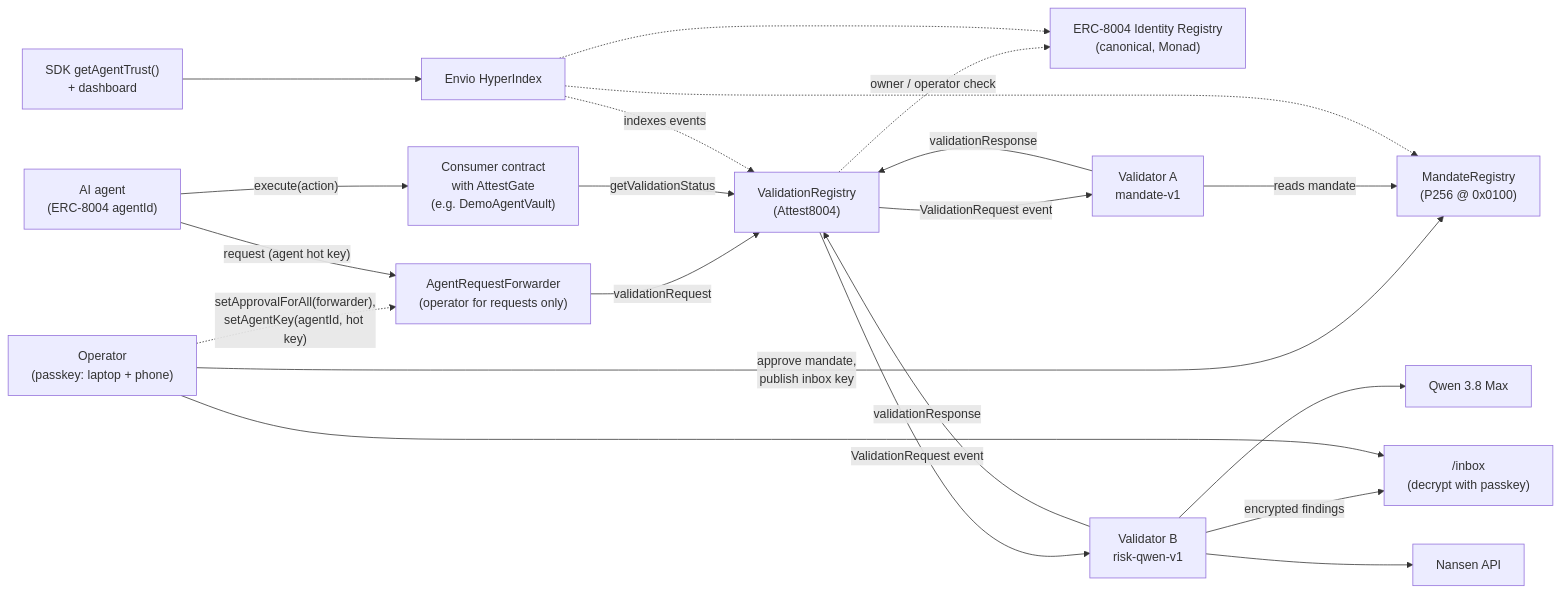
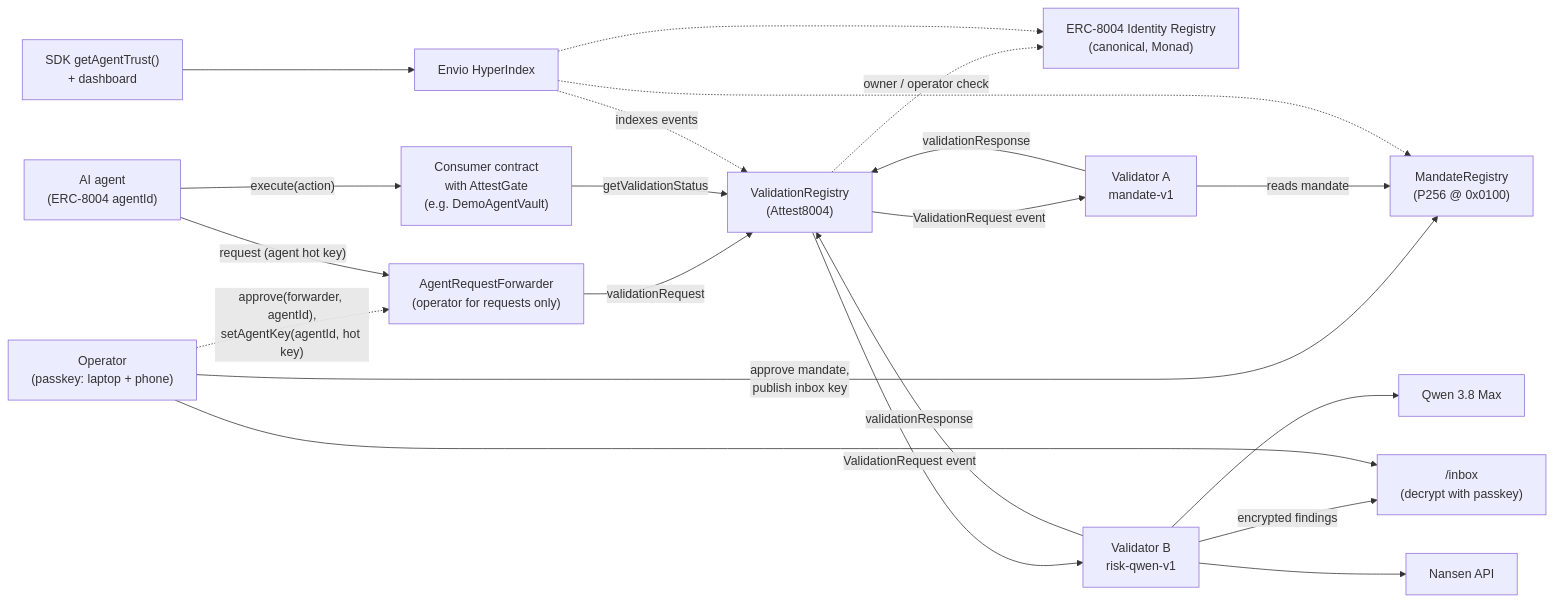
The first of 5 diagrams in ARCHITECTURE.md (AmitChowdary122/attest8004), drawn with Mermaid before and after one commit. The commit also changed other lines of this file and 6 other files, not shown here.

````diff
--- a/ARCHITECTURE.md
+++ b/ARCHITECTURE.md
@@ -28,38 +28,38 @@
 ```mermaid
 flowchart LR
   OP["Operator<br/>(passkey: laptop + phone)"]
   AG["AI agent<br/>(ERC-8004 agentId)"]
   ID["ERC-8004 Identity Registry<br/>(canonical, Monad)"]
   VR["ValidationRegistry<br/>(Attest8004)"]
   FW["AgentRequestForwarder<br/>(operator for requests only)"]
   MR["MandateRegistry<br/>(P256 @ 0x0100)"]
   VA["Validator A<br/>mandate-v1"]
   VB["Validator B<br/>risk-qwen-v1"]
   QW["Qwen 3.8 Max"]
   NS["Nansen API"]
   GATE["Consumer contract<br/>with AttestGate<br/>(e.g. DemoAgentVault)"]
   IDX["Envio HyperIndex"]
   UI["SDK getAgentTrust()<br/>+ dashboard"]
   INBOX["/inbox<br/>(decrypt with passkey)"]
 
   OP -->|"approve mandate,<br/>publish inbox key"| MR
-  OP -.->|"setApprovalForAll(forwarder),<br/>setAgentKey(agentId, hot key)"| FW
+  OP -.->|"approve(forwarder, agentId),<br/>setAgentKey(agentId, hot key)"| FW
   AG -->|"request (agent hot key)"| FW
   FW -->|validationRequest| VR
   VR -.->|"owner / operator check"| ID
   VR -->|ValidationRequest event| VA
   VR -->|ValidationRequest event| VB
   VA -->|reads mandate| MR
   VB --> QW
   VB --> NS
   VA -->|validationResponse| VR
   VB -->|validationResponse| VR
   AG -->|"execute(action)"| GATE
   GATE -->|getValidationStatus| VR
   VB -->|encrypted findings| INBOX
   OP --> INBOX
   IDX -.->|indexes events| VR
   IDX -.-> MR
   IDX -.-> ID
   UI --> IDX
 ```
````
